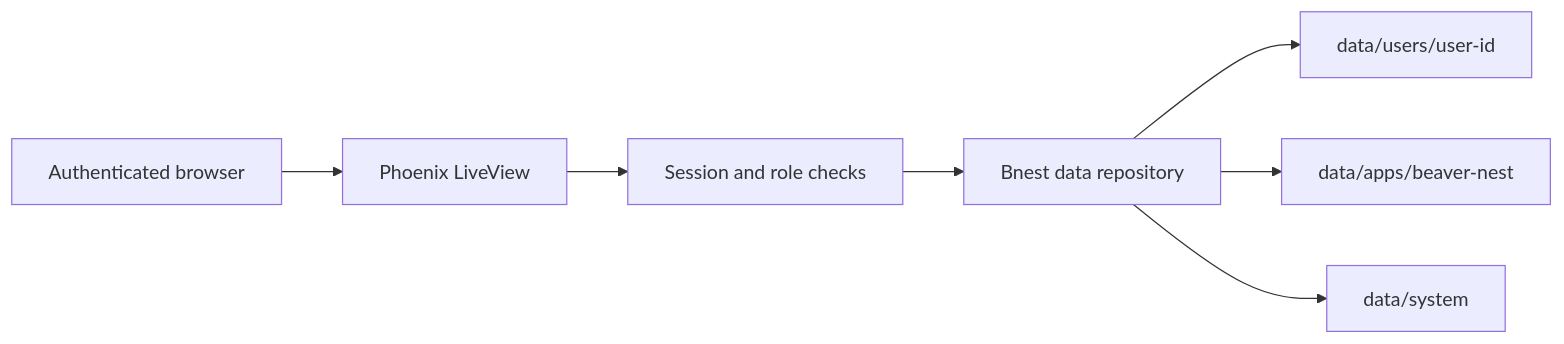
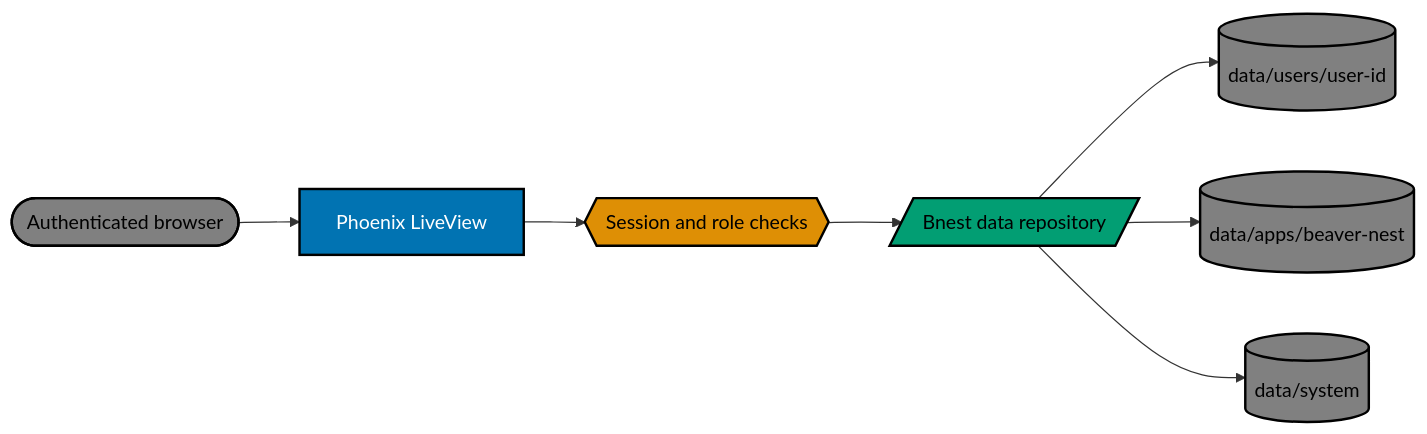
One commit to wahidyankf/beaver-nest changed the first of 2 diagrams in plans/backlogs/bnest-centralized-data/tech-docs.md. Above: the diagram before and after it, drawn with Mermaid. The commit also changed 8 other files, not shown here.

Commit message:
feat(badakmini): scope Mermaid validation

````diff
--- a/plans/backlogs/bnest-centralized-data/tech-docs.md
+++ b/plans/backlogs/bnest-centralized-data/tech-docs.md
@@ -13,15 +13,21 @@
 ```mermaid
 flowchart LR
-  Browser[Authenticated browser]
-  LiveView[Phoenix LiveView]
-  Auth[Session and role checks]
-  Repository[Bnest data repository]
-  UserData[data/users/user-id]
-  AppData[data/apps/beaver-nest]
-  SystemData[data/system]
+  %% Accessible palette: blue #0173B2, orange #DE8F05, teal #029E73, gray #808080
+  Browser([Authenticated browser]):::gray
+  LiveView[Phoenix LiveView]:::blue
+  Auth{{Session and role checks}}:::orange
+  Repository[/Bnest data repository/]:::teal
+  UserData[(data/users/user-id)]:::gray
+  AppData[(data/apps/beaver-nest)]:::gray
+  SystemData[(data/system)]:::gray
 
   Browser --> LiveView --> Auth --> Repository
   Repository --> UserData
   Repository --> AppData
   Repository --> SystemData
+
+  classDef blue fill:#0173B2,stroke:#000000,color:#FFFFFF,stroke-width:2px
+  classDef orange fill:#DE8F05,stroke:#000000,color:#000000,stroke-width:2px
+  classDef teal fill:#029E73,stroke:#000000,color:#000000,stroke-width:2px
+  classDef gray fill:#808080,stroke:#000000,color:#000000,stroke-width:2px
 ```
````
